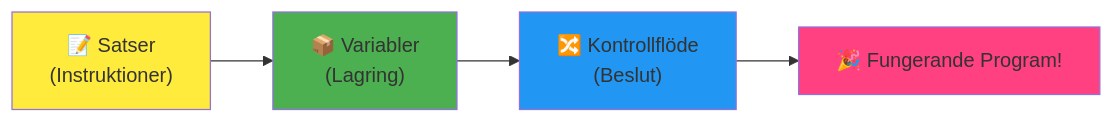
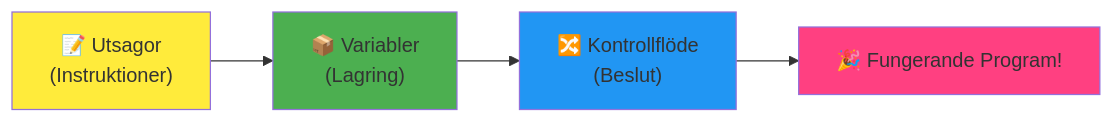
One commit to microsoft/Web-Dev-For-Beginners changed the fourth of 7 diagrams in translations/sv/1-getting-started-lessons/1-intro-to-programming-languages/README.md. Above: the diagram before and after it, drawn with Mermaid. The commit also changed other lines of this file and 11 other files, not shown here.

````diff
--- a/translations/sv/1-getting-started-lessons/1-intro-to-programming-languages/README.md
+++ b/translations/sv/1-getting-started-lessons/1-intro-to-programming-languages/README.md
@@ -466,9 +467,9 @@
 ```mermaid
 flowchart LR
-    A["📝 Satser<br/>(Instruktioner)"] --> B["📦 Variabler<br/>(Lagring)"] --> C["🔀 Kontrollflöde<br/>(Beslut)"] --> D["🎉 Fungerande Program!"]
+    A["📝 Utsagor<br/>(Instruktioner)"] --> B["📦 Variabler<br/>(Lagring)"] --> C["🔀 Kontrollflöde<br/>(Beslut)"] --> D["🎉 Fungerande Program!"]
     
     style A fill:#ffeb3b
     style B fill:#4caf50
     style C fill:#2196f3
     style D fill:#ff4081
-```  
+```
````
